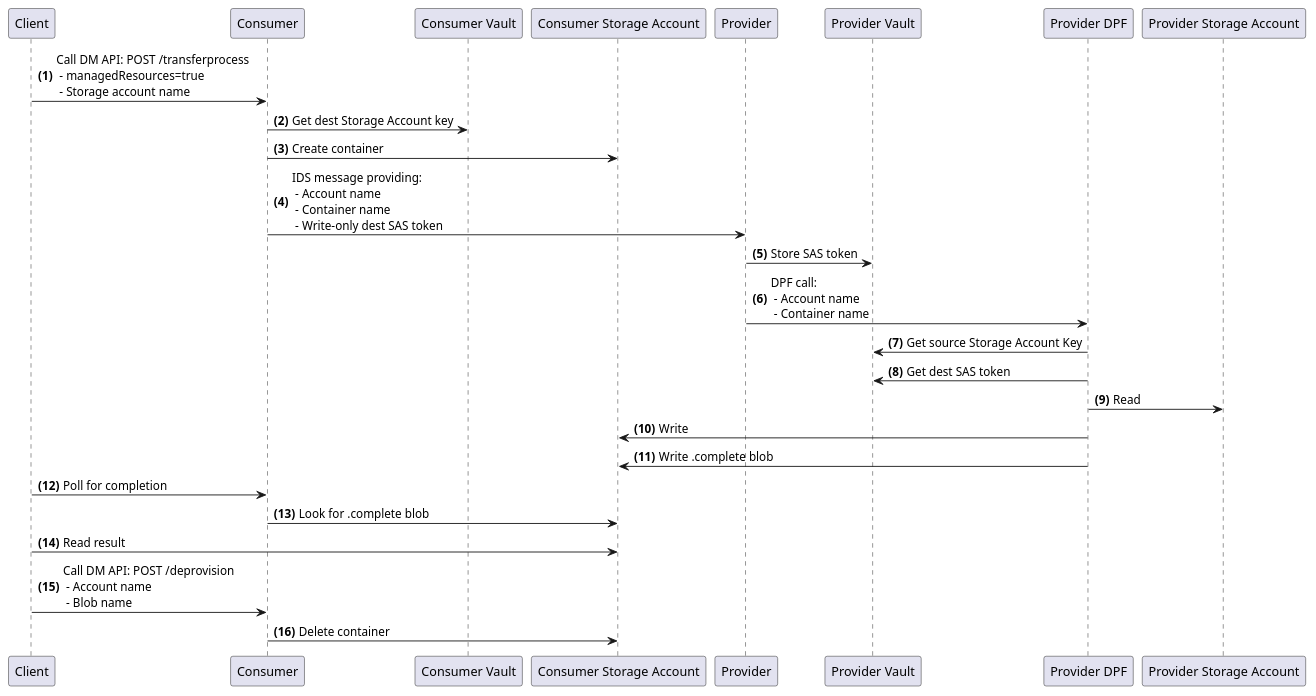
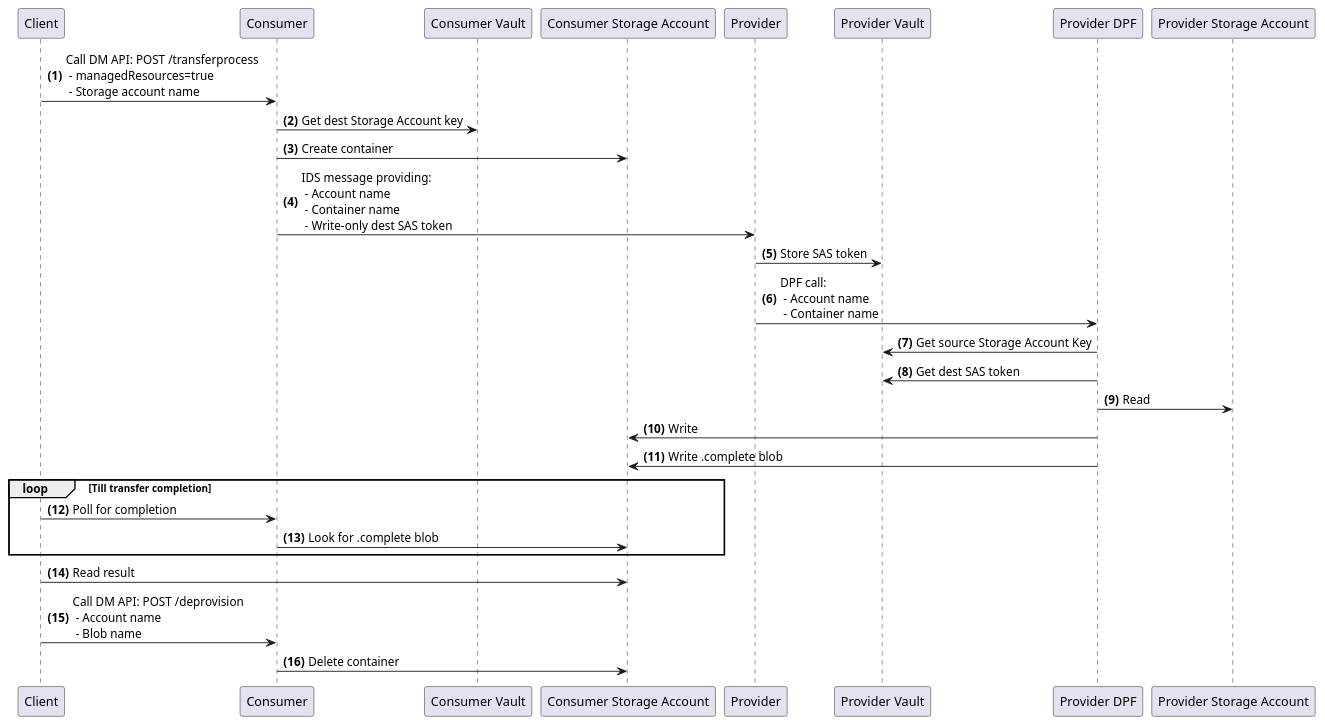
The diagram in docs/diagrams/blob-transfer.puml (agera-edc/DataSpaceConnector), drawn with PlantUML before and after one commit.

Commit message:
Added loop.

```diff
--- a/docs/diagrams/blob-transfer.puml
+++ b/docs/diagrams/blob-transfer.puml
@@ -15,19 +15,21 @@
 @startuml
 autonumber "<b>(0)"
 Client -> Consumer: Call DM API: POST /transferprocess \n - managedResources=true\n - Storage account name
 Consumer -> "Consumer Vault": Get dest Storage Account key
 Consumer -> "Consumer Storage Account": Create container
 Consumer -> Provider: IDS message providing: \n - Account name \n - Container name \n - Write-only dest SAS token
 Provider -> "Provider Vault": Store SAS token
 Provider -> "Provider DPF": DPF call: \n - Account name \n - Container name
 "Provider DPF" -> "Provider Vault": Get source Storage Account Key
 "Provider DPF" -> "Provider Vault": Get dest SAS token
 "Provider DPF" -> "Provider Storage Account": Read
 "Provider DPF" -> "Consumer Storage Account": Write
 "Provider DPF" -> "Consumer Storage Account": Write .complete blob
-Client -> Consumer: Poll for completion
-Consumer -> "Consumer Storage Account": Look for .complete blob
+loop  Till transfer completion
+    Client -> Consumer: Poll for completion
+    Consumer -> "Consumer Storage Account": Look for .complete blob
+end
 Client -> "Consumer Storage Account": Read result
 Client -> "Consumer": Call DM API: POST /deprovision \n - Account name \n - Blob name
 Consumer -> "Consumer Storage Account": Delete container
 @enduml
```
